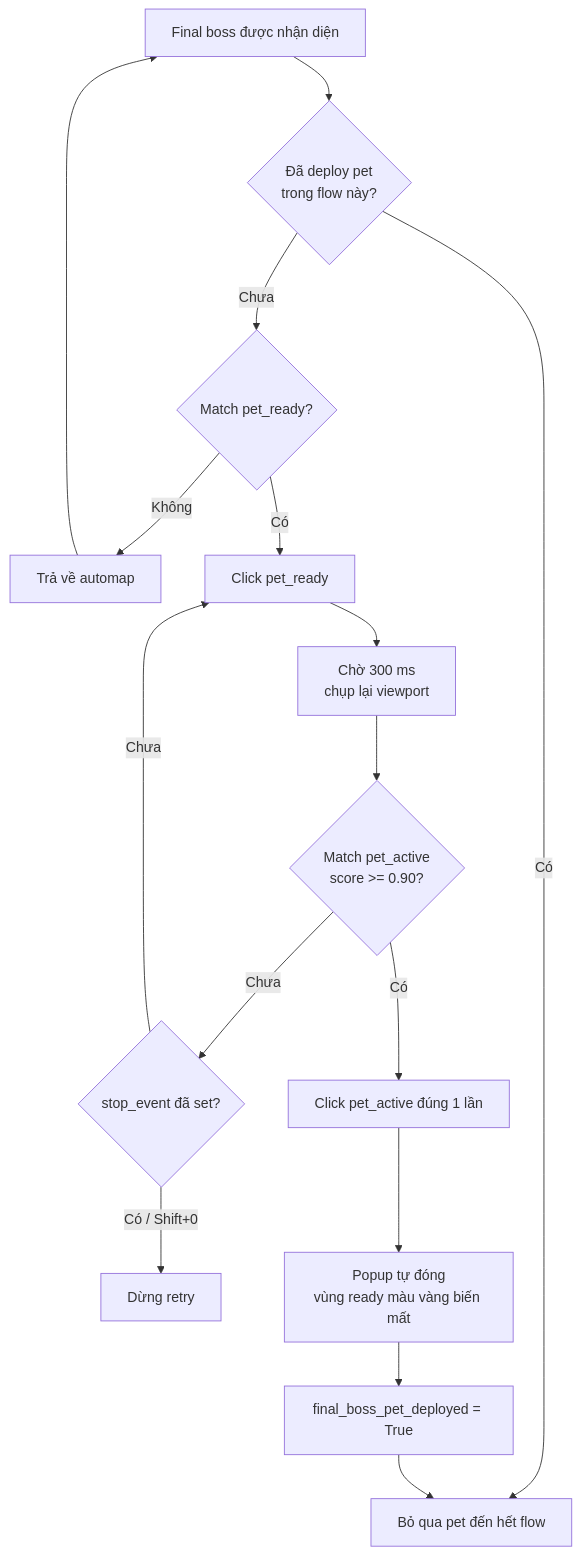
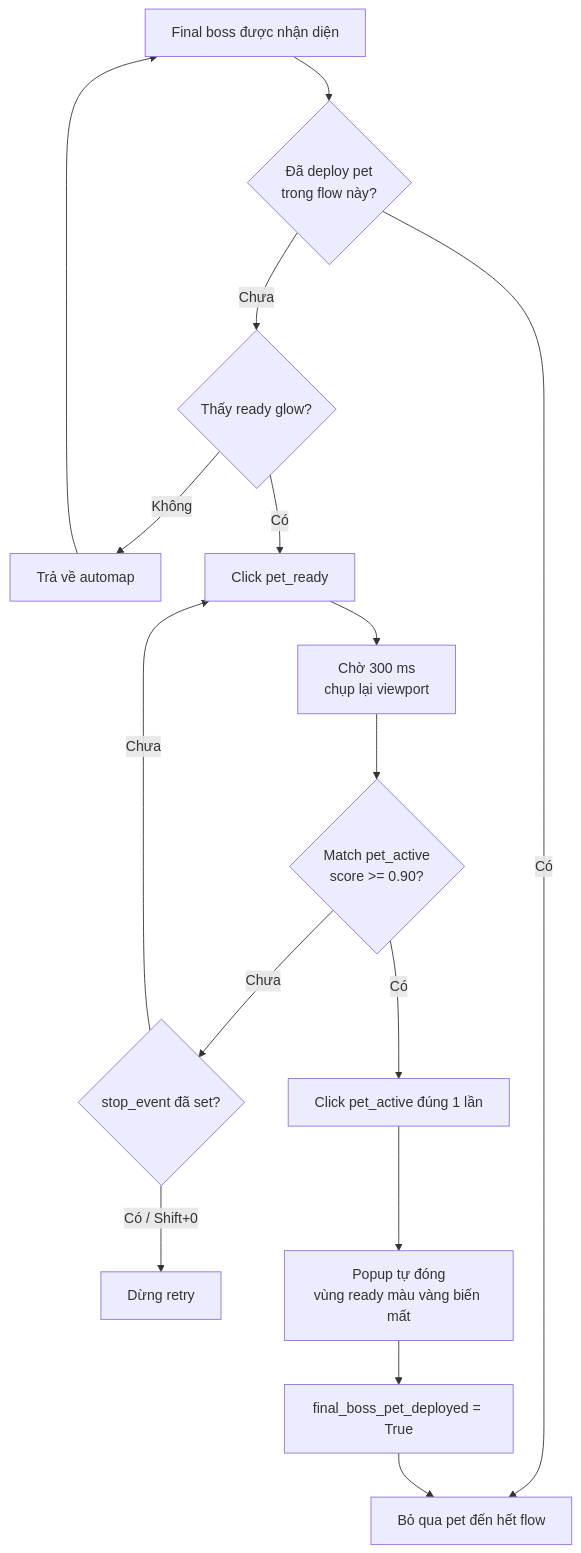
The second of 2 diagrams in docs/AUTOMAP_FLOWS.md (nhatduyhy11/burrito-bison-bot), drawn with Mermaid before and after one commit. The commit also changed other lines of this file and 11 other files, not shown here.

````diff
--- a/docs/AUTOMAP_FLOWS.md
+++ b/docs/AUTOMAP_FLOWS.md
@@ -207,17 +210,17 @@
 ```mermaid
 flowchart TD
     A[Final boss được nhận diện] --> B{Đã deploy pet<br/>trong flow này?}
     B -- Có --> Z[Bỏ qua pet đến hết flow]
-    B -- Chưa --> C{Match pet_ready?}
+    B -- Chưa --> C{Thấy ready glow?}
     C -- Không --> R[Trả về automap] --> A
     C -- Có --> D[Click pet_ready]
     D --> E[Chờ 300 ms<br/>chụp lại viewport]
     E --> F{Match pet_active<br/>score >= 0.90?}
     F -- Chưa --> S{stop_event đã set?}
     S -- Chưa --> D
     S -- Có / Shift+0 --> X[Dừng retry]
     F -- Có --> G[Click pet_active đúng 1 lần]
     G --> H[Popup tự đóng<br/>vùng ready màu vàng biến mất]
     H --> I[final_boss_pet_deployed = True]
     I --> Z
 ```
````
